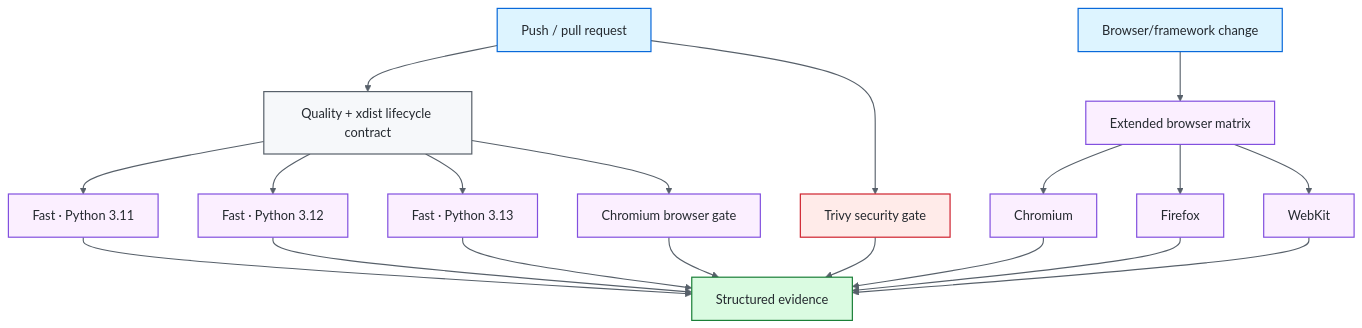
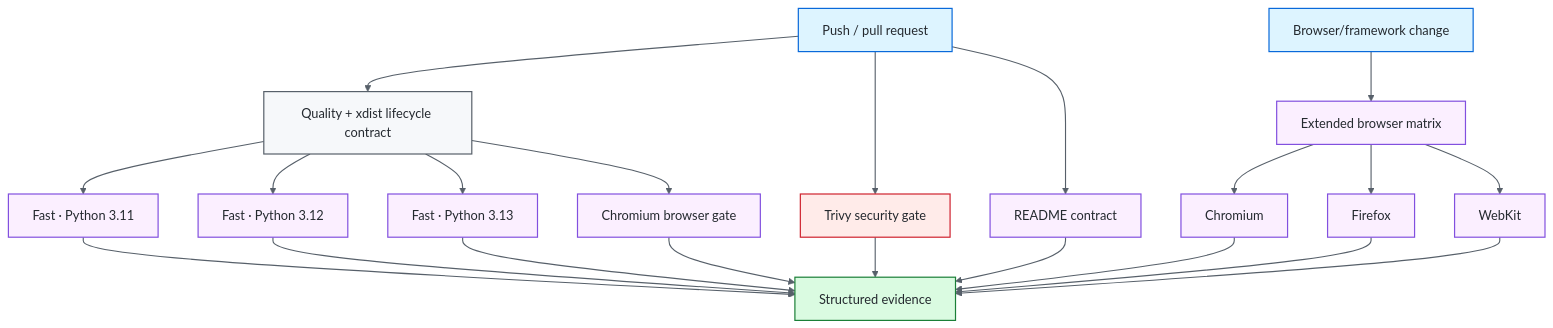
One commit to portyu9/qa-automation-python-pytest changed the third of 3 diagrams in README.md. Above: the diagram before and after it, drawn with Mermaid (neutral theme). The commit also changed other lines of this file, not shown here.

````diff
--- a/README.md
+++ b/README.md
@@ -365,35 +408,37 @@
 ```mermaid
 flowchart TD
     PR[Push / pull request] --> Q[Quality + xdist lifecycle contract]
     Q --> P311[Fast · Python 3.11]
     Q --> P312[Fast · Python 3.12]
     Q --> P313[Fast · Python 3.13]
     Q --> C[Chromium browser gate]
 
     PR --> S[Trivy security gate]
+    PR --> D[README contract]
     BCHANGE[Browser/framework change] --> X[Extended browser matrix]
     X --> X1[Chromium]
     X --> X2[Firefox]
     X --> X3[WebKit]
 
     P311 --> E[Structured evidence]
     P312 --> E
     P313 --> E
     C --> E
     S --> E
+    D --> E
     X1 --> E
     X2 --> E
     X3 --> E
 
     classDef entry fill:#ddf4ff,stroke:#0969da,color:#24292f,stroke-width:1.5px;
     classDef core fill:#f6f8fa,stroke:#57606a,color:#24292f,stroke-width:1.5px;
     classDef gate fill:#fbefff,stroke:#8250df,color:#24292f,stroke-width:1.5px;
     classDef evidence fill:#dafbe1,stroke:#1a7f37,color:#24292f,stroke-width:1.5px;
     classDef security fill:#ffebe9,stroke:#cf222e,color:#24292f,stroke-width:1.5px;
     class PR,BCHANGE entry;
     class Q core;
-    class P311,P312,P313,C,X,X1,X2,X3 gate;
+    class P311,P312,P313,C,D,X,X1,X2,X3 gate;
     class S security;
     class E evidence;
     linkStyle default stroke:#57606a,stroke-width:1.4px;
 ```
````
